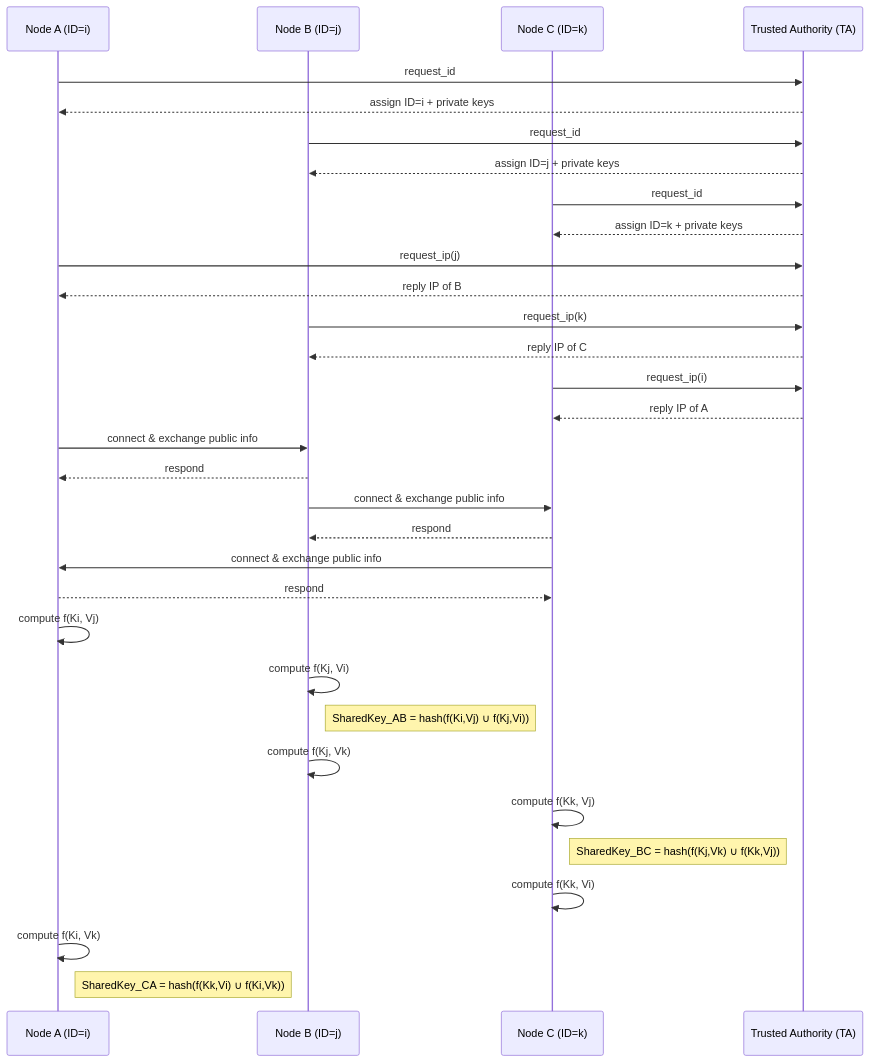
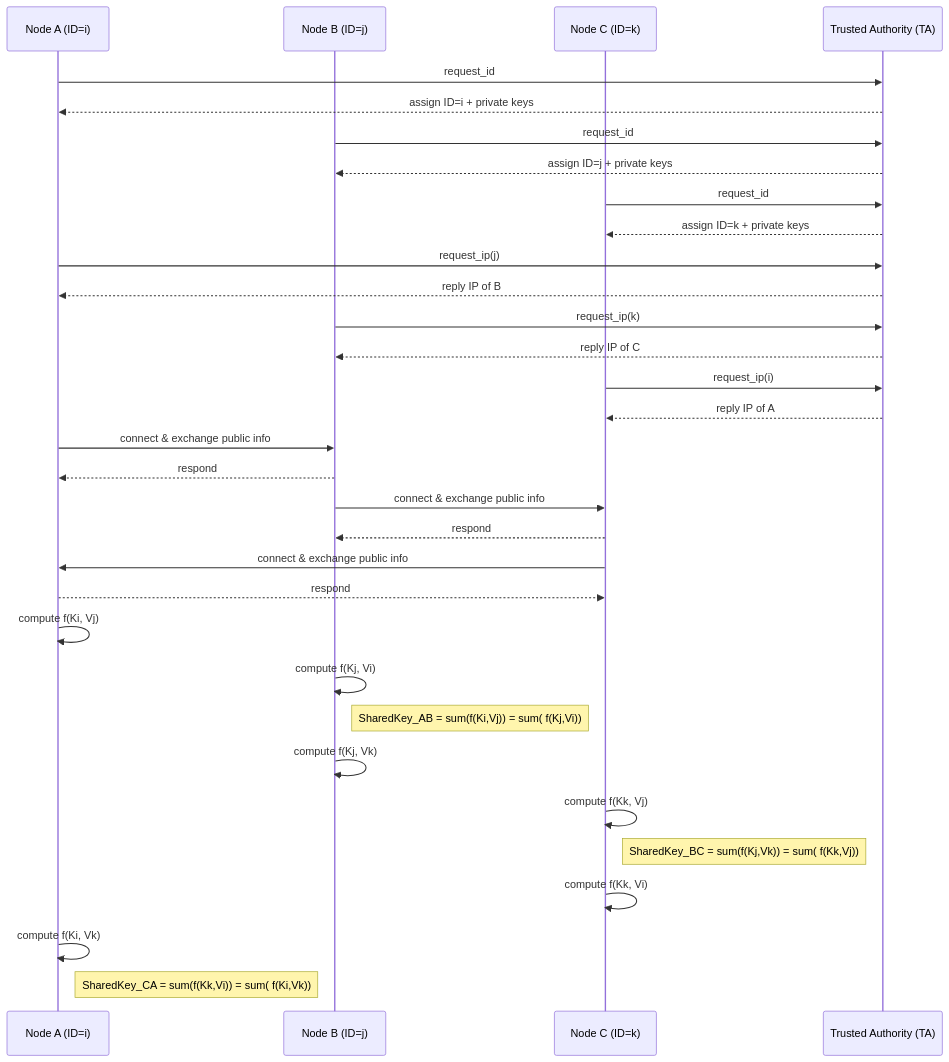
The diagram in README.md (ju4ndiegos/BYka), drawn with Mermaid before and after one commit.

````diff
--- a/README.md
+++ b/README.md
@@ -51,47 +51,47 @@
 ```mermaid
 sequenceDiagram
     participant A as Node A (ID=i)
     participant B as Node B (ID=j)
     participant C as Node C (ID=k)
     participant TA as Trusted Authority (TA)
 
     %% Registration
     A->>TA: request_id
     TA-->>A: assign ID=i + private keys
     B->>TA: request_id
     TA-->>B: assign ID=j + private keys
     C->>TA: request_id
     TA-->>C: assign ID=k + private keys
 
     %% Peer discovery
     A->>TA: request_ip(j)
     TA-->>A: reply IP of B
     B->>TA: request_ip(k)
     TA-->>B: reply IP of C
     C->>TA: request_ip(i)
     TA-->>C: reply IP of A
 
     %% P2P connections and key exchange
     A->>B: connect & exchange public info
     B-->>A: respond
     B->>C: connect & exchange public info
     C-->>B: respond
     C->>A: connect & exchange public info
     A-->>C: respond
 
     %% Key derivation AB
     A->>A: compute f(Ki, Vj)
     B->>B: compute f(Kj, Vi)
-    Note right of B: SharedKey_AB = hash(f(Ki,Vj) ∪ f(Kj,Vi))
+    Note right of B: SharedKey_AB = sum(f(Ki,Vj)) = sum( f(Kj,Vi))
 
     %% Key derivation BC
     B->>B: compute f(Kj, Vk)
     C->>C: compute f(Kk, Vj)
-    Note right of C: SharedKey_BC = hash(f(Kj,Vk) ∪ f(Kk,Vj))
+    Note right of C: SharedKey_BC = sum(f(Kj,Vk)) = sum( f(Kk,Vj))
 
     %% Key derivation CA
     C->>C: compute f(Kk, Vi)
     A->>A: compute f(Ki, Vk)
-    Note right of A: SharedKey_CA = hash(f(Kk,Vi) ∪ f(Ki,Vk))
+    Note right of A: SharedKey_CA = sum(f(Kk,Vi)) = sum( f(Ki,Vk))
     
 ```
````
